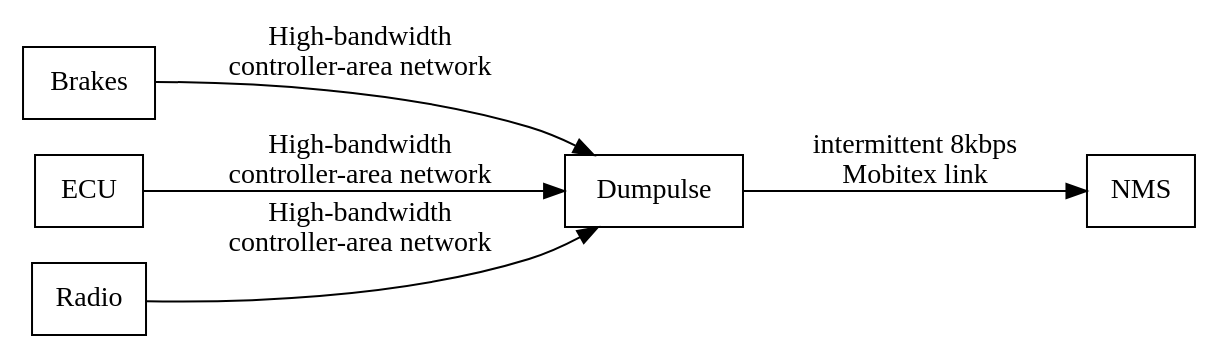
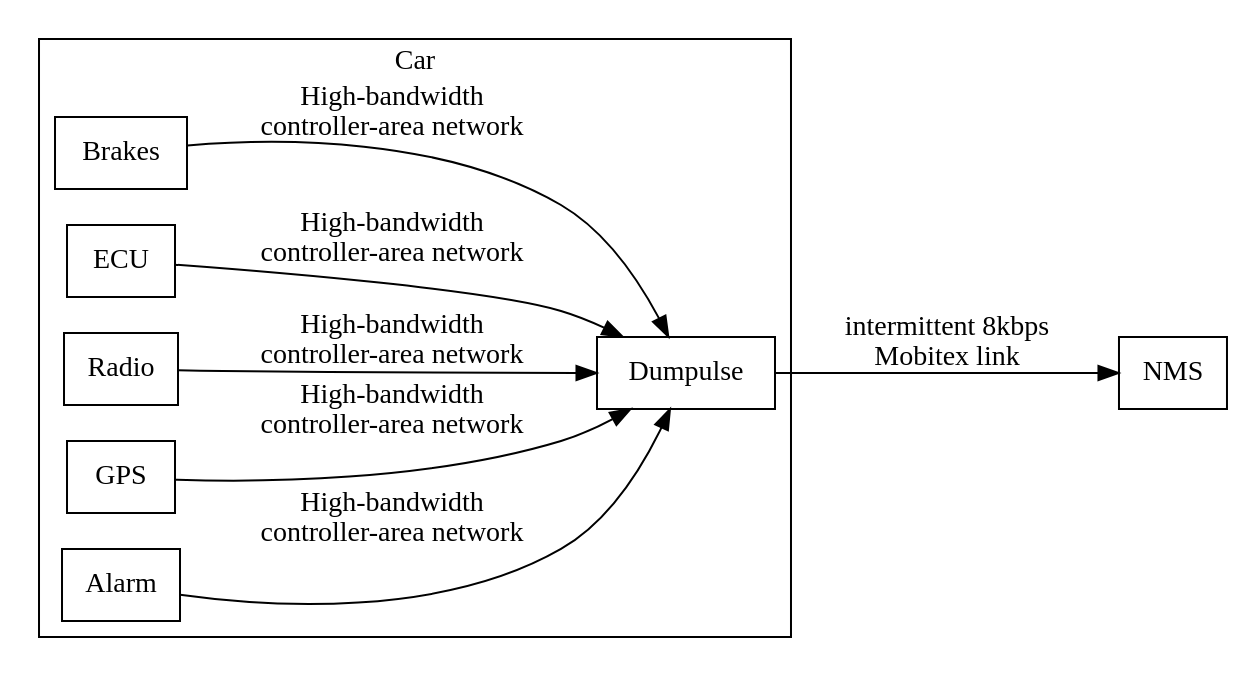
Before and after one commit to kragen/dumpulse: the diagram in diagram.dot, drawn with Graphviz. The commit also changed 1 other file, not shown here.

Commit message:
Enhance diagram somewhat

```diff
--- a/diagram.dot
+++ b/diagram.dot
@@ -1,6 +1,9 @@
 digraph x {
         rankdir=LR
         node [shape=box];
-        { Brakes ECU Radio } -> Dumpulse [label="High-bandwidth\ncontroller-area network"];
+        subgraph cluster_car {
+                label="Car";
+                { Brakes ECU Radio GPS Alarm } -> Dumpulse [label="High-bandwidth\ncontroller-area network"];
+        }
         Dumpulse -> NMS [label="intermittent 8kbps\nMobitex link"];
 }
```
